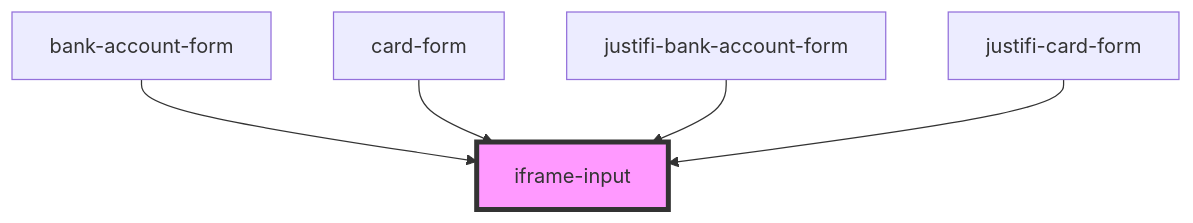
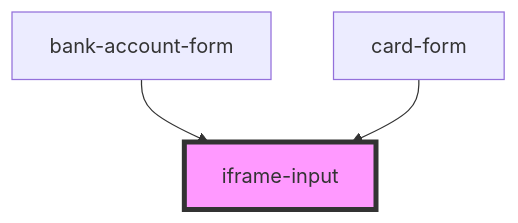
The diagram in packages/webcomponents/src/ui-components/form/readme.md (justifi-tech/web-component-library), drawn with Mermaid before and after one commit. The commit also changed other lines of this file and 1 other file, not shown here.

Commit message:
run build

````diff
--- a/packages/webcomponents/src/ui-components/form/readme.md
+++ b/packages/webcomponents/src/ui-components/form/readme.md
@@ -63,8 +61,6 @@
 ```mermaid
 graph TD;
   bank-account-form --> iframe-input
   card-form --> iframe-input
-  justifi-bank-account-form --> iframe-input
-  justifi-card-form --> iframe-input
   style iframe-input fill:#f9f,stroke:#333,stroke-width:4px
 ```
````
